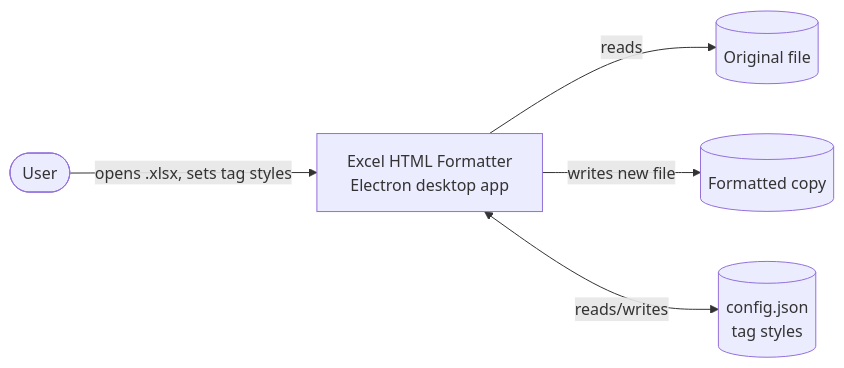
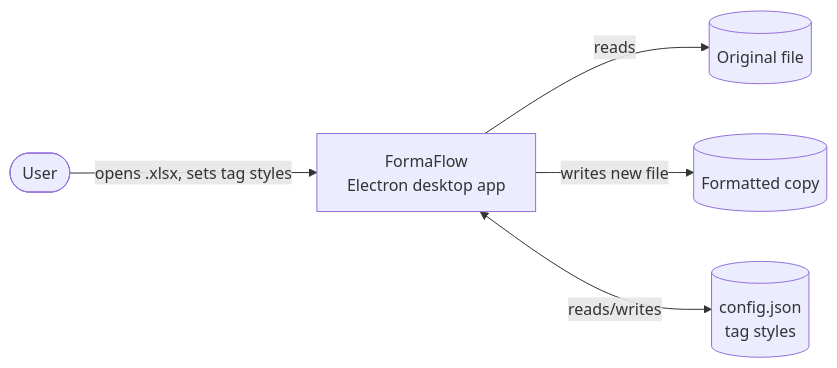
One commit to PasinduUmayanga/ExcelHtmlFormatter changed the first of 4 diagrams in docs/architecture/SAD.md. Above: the diagram before and after it, drawn with Mermaid. The commit also changed 32 other files, not shown here.

First line of the commit message:
feat: rename the app to FormaFlow (keep appId and settings folder)

````diff
--- a/docs/architecture/SAD.md
+++ b/docs/architecture/SAD.md
@@ -12,7 +12,7 @@
 ```mermaid
 flowchart LR
-  user([User]) -->|opens .xlsx, sets tag styles| app[Excel HTML Formatter<br/>Electron desktop app]
+  user([User]) -->|opens .xlsx, sets tag styles| app[FormaFlow<br/>Electron desktop app]
   app -->|reads| src[(Original file)]
   app -->|writes new file| out[(Formatted copy)]
   app <-->|reads/writes| cfg[(config.json<br/>tag styles)]
 ```
````
